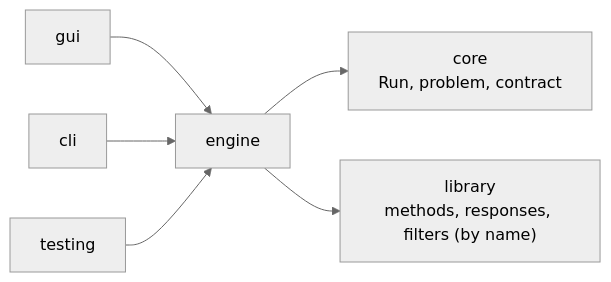
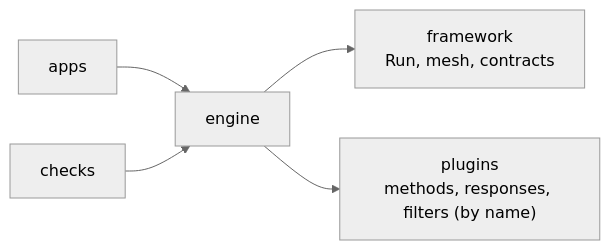
One commit to Toporia/Toporia-launcher changed the third of 3 diagrams in toporia/engine/README.md. Above: the diagram before and after it, drawn with Mermaid (neutral theme). The commit also changed other lines of this file and 83 other files, not shown here.

````diff
--- a/toporia/engine/README.md
+++ b/toporia/engine/README.md
@@ -118,8 +119,7 @@
 ```mermaid
 flowchart LR
-    engine["engine"] --> core["core<br/>Run, problem, contract"]
-    engine --> library["library<br/>methods, responses, filters (by name)"]
-    gui["gui"] --> engine
-    cli["cli"] --> engine
-    testing["testing"] --> engine
+    engine["engine"] --> framework["framework<br/>Run, mesh, contracts"]
+    engine --> plugins["plugins<br/>methods, responses, filters (by name)"]
+    apps["apps"] --> engine
+    checks["checks"] --> engine
 ```
````
